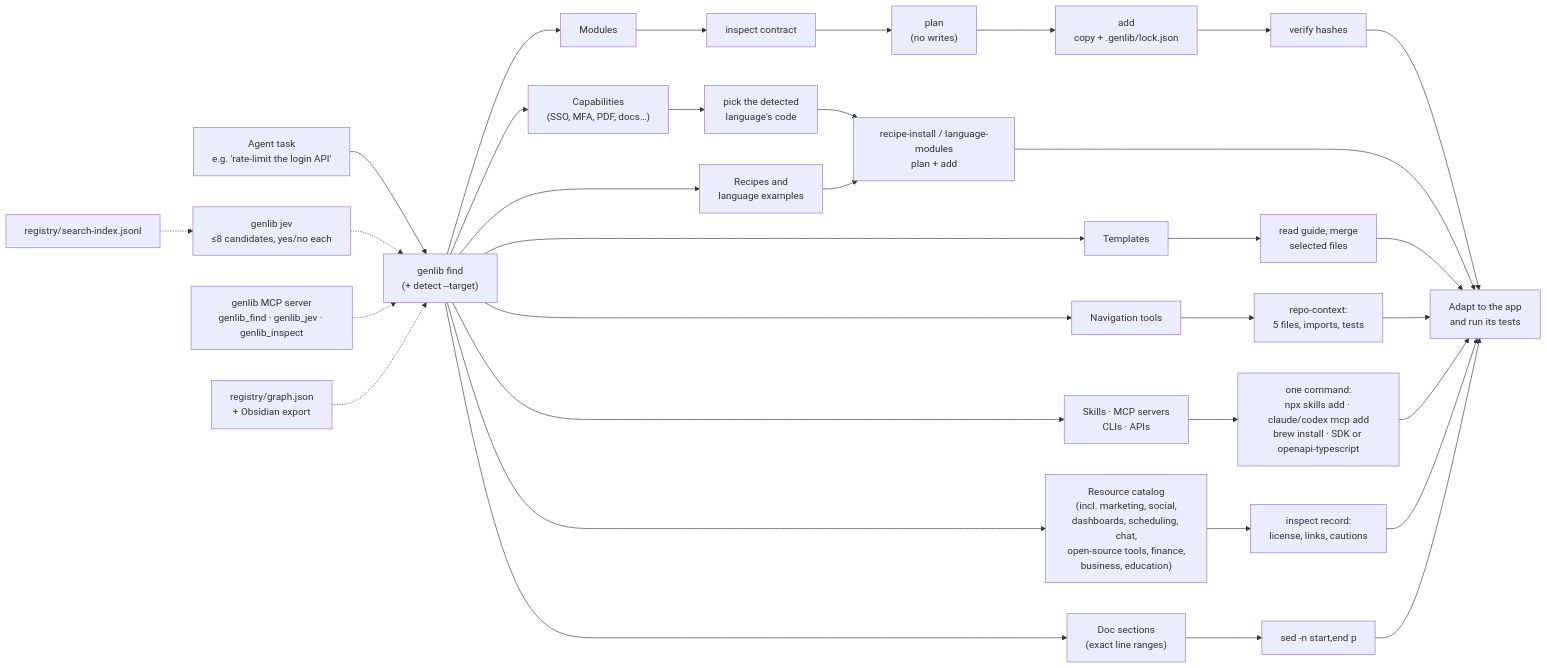
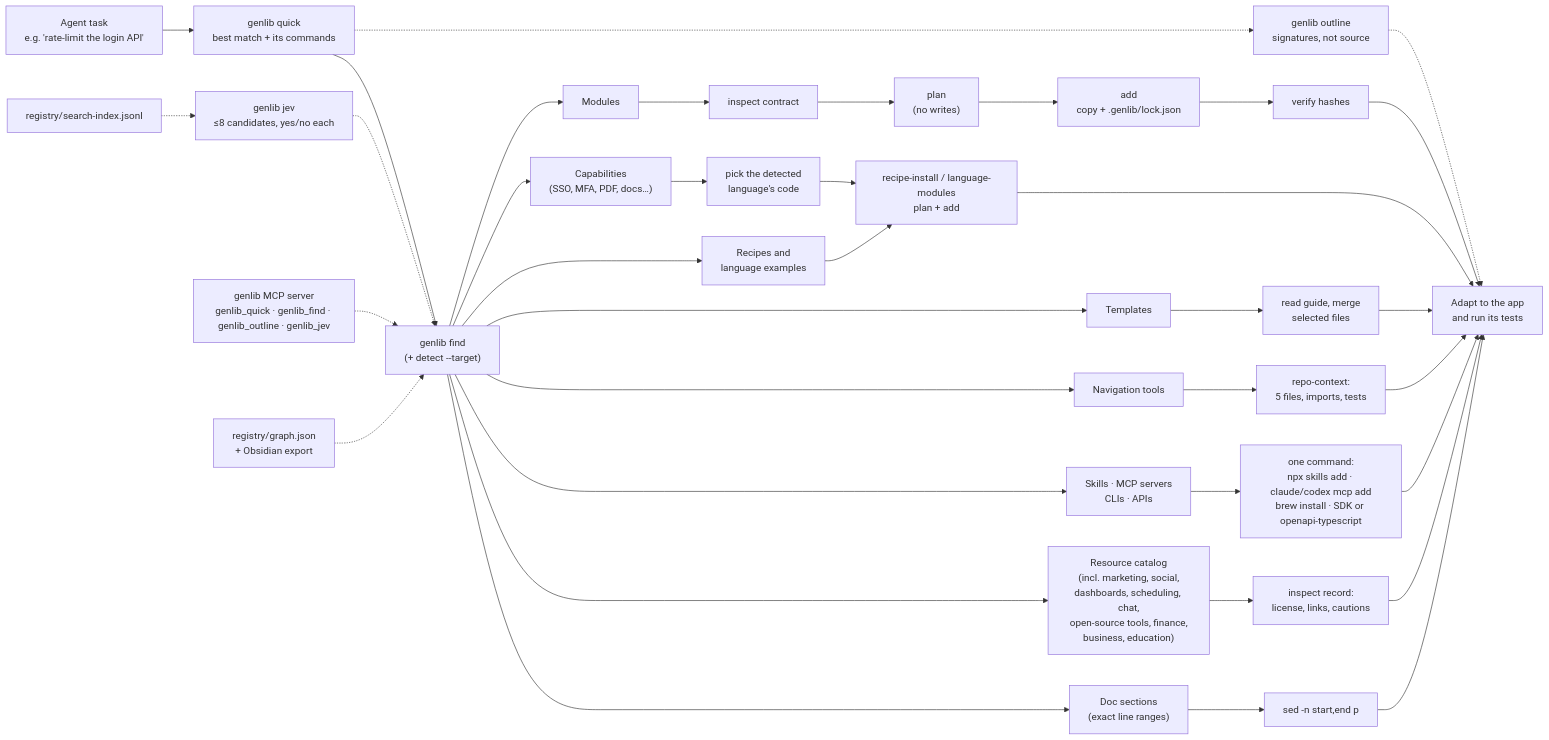
The diagram in README.md (athompson83/genlib), drawn with Mermaid before and after one commit. The commit also changed other lines of this file and 90 other files, not shown here.

````diff
--- a/README.md
+++ b/README.md
@@ -62,24 +63,26 @@
 ```mermaid
 flowchart LR
-  Task["Agent task<br/>e.g. 'rate-limit the login API'"] --> Find["genlib find<br/>(+ detect --target)"]
+  Task["Agent task<br/>e.g. 'rate-limit the login API'"] --> Quick["genlib quick<br/>best match + its commands"]
+  Quick --> Find["genlib find<br/>(+ detect --target)"]
+  Quick -.-> Outline["genlib outline<br/>signatures, not source"] -.-> App
   Find --> C["Capabilities<br/>(SSO, MFA, PDF, docs…)"]
   Find --> M["Modules"]
   Find --> R["Recipes and<br/>language examples"]
   Find --> T["Templates"]
   Find --> N["Navigation tools"]
   Find --> S["Skills · MCP servers<br/>CLIs · APIs"]
   Find --> X["Resource catalog<br/>(incl. marketing, social,<br/>dashboards, scheduling, chat,<br/>open-source tools, finance,<br/>business, education)"]
   Find --> D["Doc sections<br/>(exact line ranges)"]
   Jev["genlib jev<br/>≤8 candidates, yes/no each"] -.-> Find
   Index["registry/search-index.jsonl"] -.-> Jev
-  MCP["genlib MCP server<br/>genlib_find · genlib_jev · genlib_inspect"] -.-> Find
+  MCP["genlib MCP server<br/>genlib_quick · genlib_find · genlib_outline · genlib_jev"] -.-> Find
   Graph["registry/graph.json<br/>+ Obsidian export"] -.-> Find
   M --> Inspect["inspect contract"] --> Plan["plan<br/>(no writes)"] --> Add["add<br/>copy + .genlib/lock.json"] --> Verify["verify hashes"] --> App["Adapt to the app<br/>and run its tests"]
   C --> Lang["pick the detected<br/>language's code"] --> Copy
   R --> Copy["recipe-install / language-modules<br/>plan + add"] --> App
   T --> Merge["read guide, merge<br/>selected files"] --> App
   N --> Context["repo-context:<br/>5 files, imports, tests"] --> App
   S --> SkillAdd["one command:<br/>npx skills add · claude/codex mcp add<br/>brew install · SDK or openapi-typescript"] --> App
   X --> Adopt["inspect record:<br/>license, links, cautions"] --> App
   D --> Section["sed -n start,end p"] --> App
 ```
````
